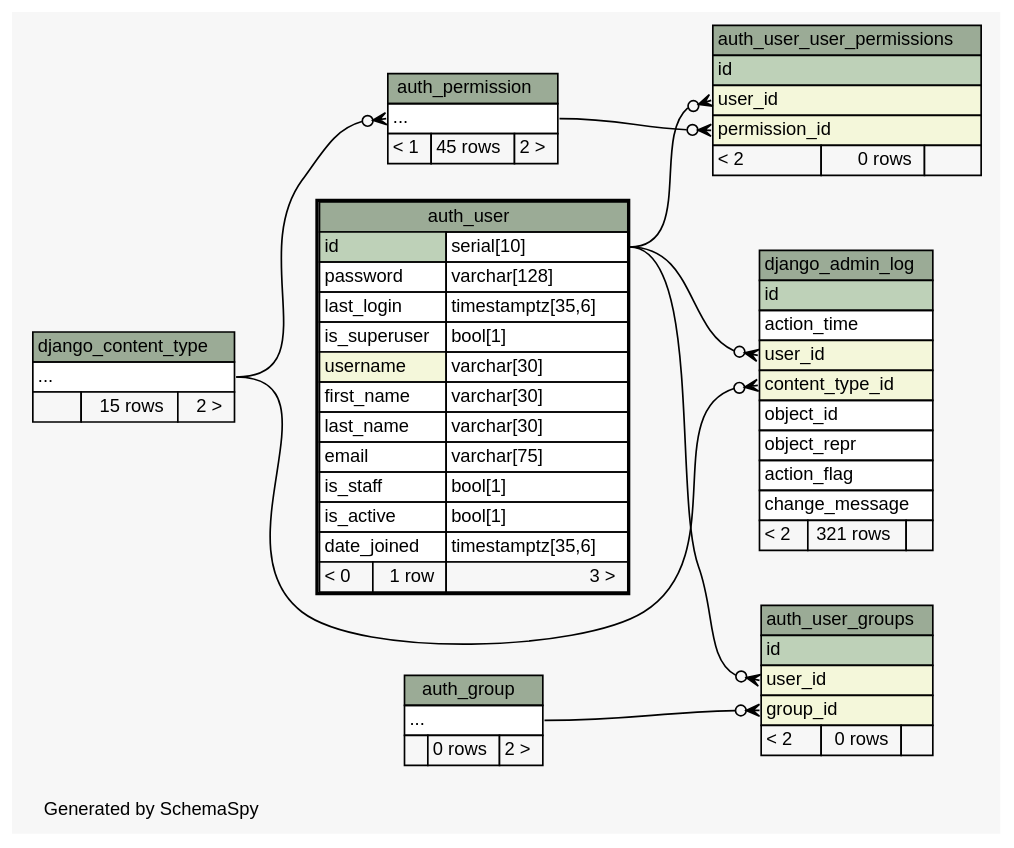
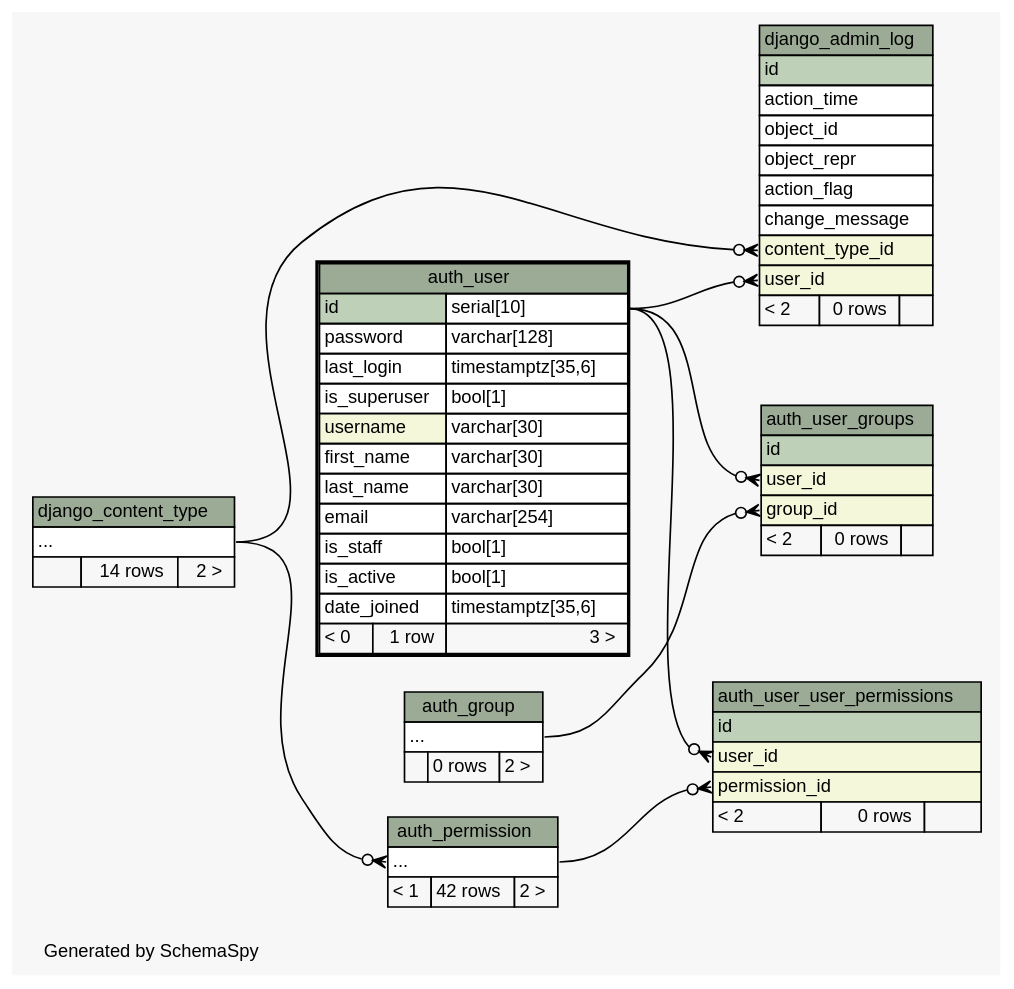
Before and after one commit to jingyayeah/multiscale-galactose: the diagram in database/schema/diagrams/auth_user.2degrees.dot, drawn with Graphviz. The commit also changed 220 other files, not shown here.

Commit message:
Database schema updated & refactoring the Simulation Factories

```diff
--- a/database/schema/diagrams/auth_user.2degrees.dot
+++ b/database/schema/diagrams/auth_user.2degrees.dot
@@ -1,120 +1,120 @@
-// dot 2.26.3 on Linux 3.11.0-12-generic
+// dot 2.36.0 on Linux 3.13.0-43-generic
 // SchemaSpy rev 590
 digraph "twoDegreesRelationshipsDiagram" {
   graph [
     rankdir="RL"
     bgcolor="#f7f7f7"
     label="\nGenerated by SchemaSpy"
     labeljust="l"
     nodesep="0.18"
     ranksep="0.46"
     fontname="Helvetica"
     fontsize="11"
   ];
   node [
     fontname="Helvetica"
     fontsize="11"
     shape="plaintext"
   ];
   edge [
     arrowsize="0.8"
   ];
   "auth_permission":"elipses":w -> "django_content_type":"elipses":e [arrowhead=none dir=back arrowtail=crowodot];
   "auth_user_groups":"group_id":w -> "auth_group":"elipses":e [arrowhead=none dir=back arrowtail=crowodot];
   "auth_user_groups":"user_id":w -> "auth_user":"id.type":e [arrowhead=none dir=back arrowtail=crowodot];
   "auth_user_user_permissions":"permission_id":w -> "auth_permission":"elipses":e [arrowhead=none dir=back arrowtail=crowodot];
   "auth_user_user_permissions":"user_id":w -> "auth_user":"id.type":e [arrowhead=none dir=back arrowtail=crowodot];
   "django_admin_log":"content_type_id":w -> "django_content_type":"elipses":e [arrowhead=none dir=back arrowtail=crowodot];
   "django_admin_log":"user_id":w -> "auth_user":"id.type":e [arrowhead=none dir=back arrowtail=crowodot];
   "auth_group" [
     label=<
     <TABLE BORDER="0" CELLBORDER="1" CELLSPACING="0" BGCOLOR="#ffffff">
       <TR><TD COLSPAN="3" BGCOLOR="#9bab96" ALIGN="CENTER">auth_group</TD></TR>
       <TR><TD PORT="elipses" COLSPAN="3" ALIGN="LEFT">...</TD></TR>
       <TR><TD ALIGN="LEFT" BGCOLOR="#f7f7f7">  </TD><TD ALIGN="RIGHT" BGCOLOR="#f7f7f7">0 rows</TD><TD ALIGN="RIGHT" BGCOLOR="#f7f7f7">2 &gt;</TD></TR>
     </TABLE>>
     URL="auth_group.html"
     tooltip="auth_group"
   ];
   "auth_permission" [
     label=<
     <TABLE BORDER="0" CELLBORDER="1" CELLSPACING="0" BGCOLOR="#ffffff">
       <TR><TD COLSPAN="3" BGCOLOR="#9bab96" ALIGN="CENTER">auth_permission</TD></TR>
       <TR><TD PORT="elipses" COLSPAN="3" ALIGN="LEFT">...</TD></TR>
-      <TR><TD ALIGN="LEFT" BGCOLOR="#f7f7f7">&lt; 1</TD><TD ALIGN="RIGHT" BGCOLOR="#f7f7f7">45 rows</TD><TD ALIGN="RIGHT" BGCOLOR="#f7f7f7">2 &gt;</TD></TR>
+      <TR><TD ALIGN="LEFT" BGCOLOR="#f7f7f7">&lt; 1</TD><TD ALIGN="RIGHT" BGCOLOR="#f7f7f7">42 rows</TD><TD ALIGN="RIGHT" BGCOLOR="#f7f7f7">2 &gt;</TD></TR>
     </TABLE>>
     URL="auth_permission.html"
     tooltip="auth_permission"
   ];
   "auth_user" [
     label=<
     <TABLE BORDER="2" CELLBORDER="1" CELLSPACING="0" BGCOLOR="#ffffff">
       <TR><TD COLSPAN="3" BGCOLOR="#9bab96" ALIGN="CENTER">auth_user</TD></TR>
       <TR><TD PORT="id" COLSPAN="2" BGCOLOR="#bed1b8" ALIGN="LEFT">id</TD><TD PORT="id.type" ALIGN="LEFT">serial[10]</TD></TR>
       <TR><TD PORT="password" COLSPAN="2" ALIGN="LEFT">password</TD><TD PORT="password.type" ALIGN="LEFT">varchar[128]</TD></TR>
       <TR><TD PORT="last_login" COLSPAN="2" ALIGN="LEFT">last_login</TD><TD PORT="last_login.type" ALIGN="LEFT">timestamptz[35,6]</TD></TR>
       <TR><TD PORT="is_superuser" COLSPAN="2" ALIGN="LEFT">is_superuser</TD><TD PORT="is_superuser.type" ALIGN="LEFT">bool[1]</TD></TR>
       <TR><TD PORT="username" COLSPAN="2" BGCOLOR="#f4f7da" ALIGN="LEFT">username</TD><TD PORT="username.type" ALIGN="LEFT">varchar[30]</TD></TR>
       <TR><TD PORT="first_name" COLSPAN="2" ALIGN="LEFT">first_name</TD><TD PORT="first_name.type" ALIGN="LEFT">varchar[30]</TD></TR>
       <TR><TD PORT="last_name" COLSPAN="2" ALIGN="LEFT">last_name</TD><TD PORT="last_name.type" ALIGN="LEFT">varchar[30]</TD></TR>
-      <TR><TD PORT="email" COLSPAN="2" ALIGN="LEFT">email</TD><TD PORT="email.type" ALIGN="LEFT">varchar[75]</TD></TR>
+      <TR><TD PORT="email" COLSPAN="2" ALIGN="LEFT">email</TD><TD PORT="email.type" ALIGN="LEFT">varchar[254]</TD></TR>
       <TR><TD PORT="is_staff" COLSPAN="2" ALIGN="LEFT">is_staff</TD><TD PORT="is_staff.type" ALIGN="LEFT">bool[1]</TD></TR>
       <TR><TD PORT="is_active" COLSPAN="2" ALIGN="LEFT">is_active</TD><TD PORT="is_active.type" ALIGN="LEFT">bool[1]</TD></TR>
       <TR><TD PORT="date_joined" COLSPAN="2" ALIGN="LEFT">date_joined</TD><TD PORT="date_joined.type" ALIGN="LEFT">timestamptz[35,6]</TD></TR>
       <TR><TD ALIGN="LEFT" BGCOLOR="#f7f7f7">&lt; 0</TD><TD ALIGN="RIGHT" BGCOLOR="#f7f7f7">1 row</TD><TD ALIGN="RIGHT" BGCOLOR="#f7f7f7">3 &gt;</TD></TR>
     </TABLE>>
     URL="auth_user.html"
     tooltip="auth_user"
   ];
   "auth_user_groups" [
     label=<
     <TABLE BORDER="0" CELLBORDER="1" CELLSPACING="0" BGCOLOR="#ffffff">
       <TR><TD COLSPAN="3" BGCOLOR="#9bab96" ALIGN="CENTER">auth_user_groups</TD></TR>
       <TR><TD PORT="id" COLSPAN="3" BGCOLOR="#bed1b8" ALIGN="LEFT">id</TD></TR>
       <TR><TD PORT="user_id" COLSPAN="3" BGCOLOR="#f4f7da" ALIGN="LEFT">user_id</TD></TR>
       <TR><TD PORT="group_id" COLSPAN="3" BGCOLOR="#f4f7da" ALIGN="LEFT">group_id</TD></TR>
       <TR><TD ALIGN="LEFT" BGCOLOR="#f7f7f7">&lt; 2</TD><TD ALIGN="RIGHT" BGCOLOR="#f7f7f7">0 rows</TD><TD ALIGN="RIGHT" BGCOLOR="#f7f7f7">  </TD></TR>
     </TABLE>>
     URL="auth_user_groups.html"
     tooltip="auth_user_groups"
   ];
   "auth_user_user_permissions" [
     label=<
     <TABLE BORDER="0" CELLBORDER="1" CELLSPACING="0" BGCOLOR="#ffffff">
       <TR><TD COLSPAN="3" BGCOLOR="#9bab96" ALIGN="CENTER">auth_user_user_permissions</TD></TR>
       <TR><TD PORT="id" COLSPAN="3" BGCOLOR="#bed1b8" ALIGN="LEFT">id</TD></TR>
       <TR><TD PORT="user_id" COLSPAN="3" BGCOLOR="#f4f7da" ALIGN="LEFT">user_id</TD></TR>
       <TR><TD PORT="permission_id" COLSPAN="3" BGCOLOR="#f4f7da" ALIGN="LEFT">permission_id</TD></TR>
       <TR><TD ALIGN="LEFT" BGCOLOR="#f7f7f7">&lt; 2</TD><TD ALIGN="RIGHT" BGCOLOR="#f7f7f7">0 rows</TD><TD ALIGN="RIGHT" BGCOLOR="#f7f7f7">  </TD></TR>
     </TABLE>>
     URL="auth_user_user_permissions.html"
     tooltip="auth_user_user_permissions"
   ];
   "django_admin_log" [
     label=<
     <TABLE BORDER="0" CELLBORDER="1" CELLSPACING="0" BGCOLOR="#ffffff">
       <TR><TD COLSPAN="3" BGCOLOR="#9bab96" ALIGN="CENTER">django_admin_log</TD></TR>
       <TR><TD PORT="id" COLSPAN="3" BGCOLOR="#bed1b8" ALIGN="LEFT">id</TD></TR>
       <TR><TD PORT="action_time" COLSPAN="3" ALIGN="LEFT">action_time</TD></TR>
-      <TR><TD PORT="user_id" COLSPAN="3" BGCOLOR="#f4f7da" ALIGN="LEFT">user_id</TD></TR>
-      <TR><TD PORT="content_type_id" COLSPAN="3" BGCOLOR="#f4f7da" ALIGN="LEFT">content_type_id</TD></TR>
       <TR><TD PORT="object_id" COLSPAN="3" ALIGN="LEFT">object_id</TD></TR>
       <TR><TD PORT="object_repr" COLSPAN="3" ALIGN="LEFT">object_repr</TD></TR>
       <TR><TD PORT="action_flag" COLSPAN="3" ALIGN="LEFT">action_flag</TD></TR>
       <TR><TD PORT="change_message" COLSPAN="3" ALIGN="LEFT">change_message</TD></TR>
-      <TR><TD ALIGN="LEFT" BGCOLOR="#f7f7f7">&lt; 2</TD><TD ALIGN="RIGHT" BGCOLOR="#f7f7f7">321 rows</TD><TD ALIGN="RIGHT" BGCOLOR="#f7f7f7">  </TD></TR>
+      <TR><TD PORT="content_type_id" COLSPAN="3" BGCOLOR="#f4f7da" ALIGN="LEFT">content_type_id</TD></TR>
+      <TR><TD PORT="user_id" COLSPAN="3" BGCOLOR="#f4f7da" ALIGN="LEFT">user_id</TD></TR>
+      <TR><TD ALIGN="LEFT" BGCOLOR="#f7f7f7">&lt; 2</TD><TD ALIGN="RIGHT" BGCOLOR="#f7f7f7">0 rows</TD><TD ALIGN="RIGHT" BGCOLOR="#f7f7f7">  </TD></TR>
     </TABLE>>
     URL="django_admin_log.html"
     tooltip="django_admin_log"
   ];
   "django_content_type" [
     label=<
     <TABLE BORDER="0" CELLBORDER="1" CELLSPACING="0" BGCOLOR="#ffffff">
       <TR><TD COLSPAN="3" BGCOLOR="#9bab96" ALIGN="CENTER">django_content_type</TD></TR>
       <TR><TD PORT="elipses" COLSPAN="3" ALIGN="LEFT">...</TD></TR>
-      <TR><TD ALIGN="LEFT" BGCOLOR="#f7f7f7">  </TD><TD ALIGN="RIGHT" BGCOLOR="#f7f7f7">15 rows</TD><TD ALIGN="RIGHT" BGCOLOR="#f7f7f7">2 &gt;</TD></TR>
+      <TR><TD ALIGN="LEFT" BGCOLOR="#f7f7f7">  </TD><TD ALIGN="RIGHT" BGCOLOR="#f7f7f7">14 rows</TD><TD ALIGN="RIGHT" BGCOLOR="#f7f7f7">2 &gt;</TD></TR>
     </TABLE>>
     URL="django_content_type.html"
     tooltip="django_content_type"
   ];
 }
```
